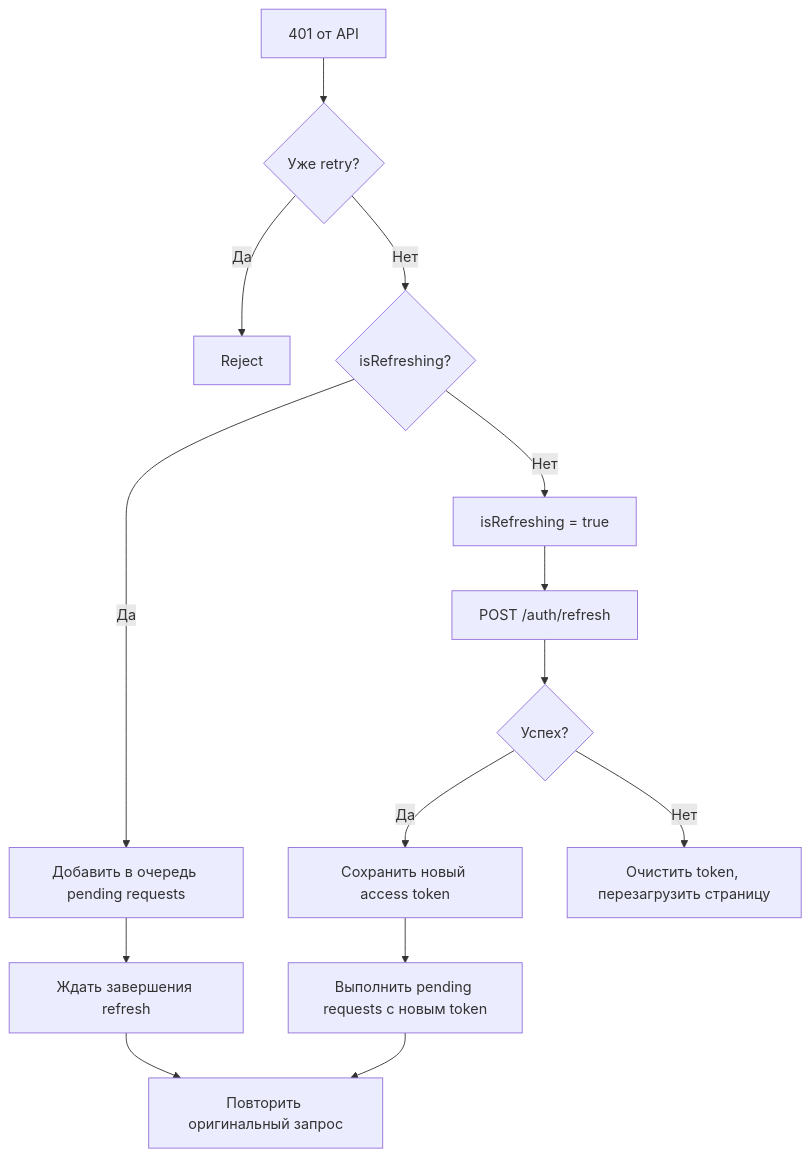
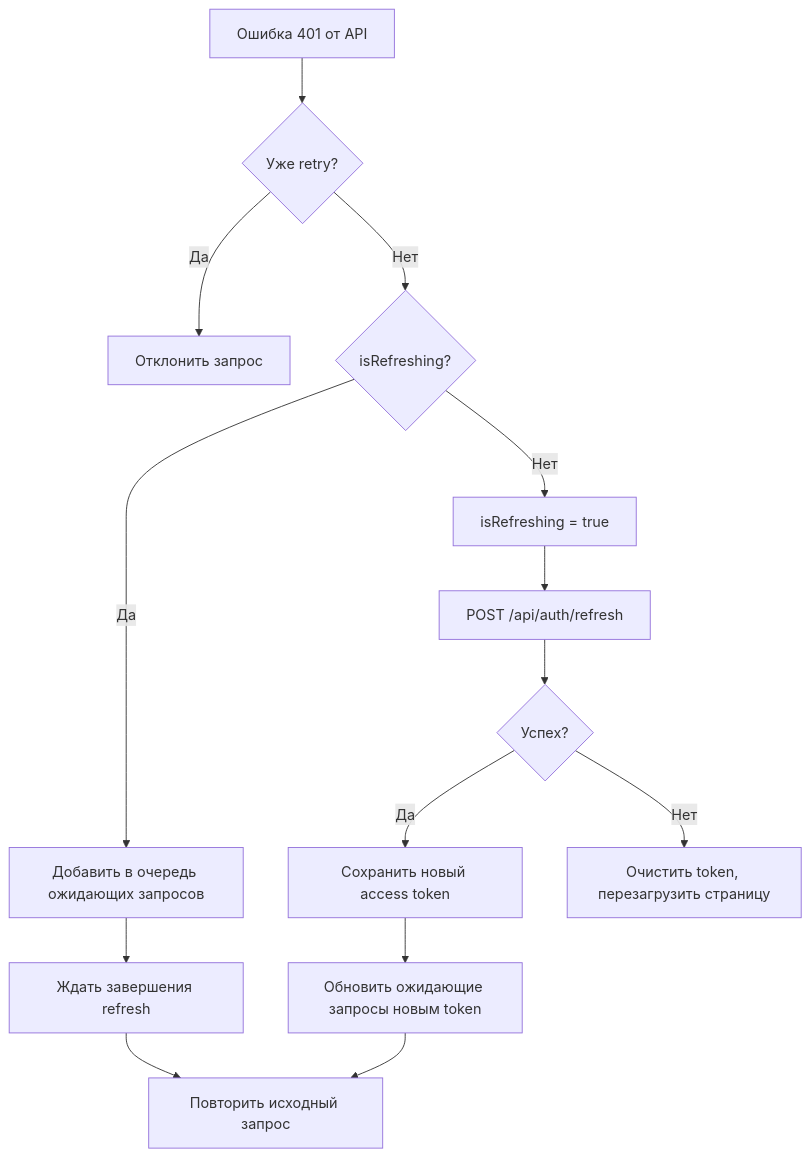
Before and after one commit to Bbar0n234/learnflow-ai: the third of 3 diagrams in doc/tech/auth.md, drawn with Mermaid. The commit also changed other lines of this file and 1 other file, not shown here.

````diff
--- a/doc/tech/auth.md
+++ b/doc/tech/auth.md
@@ -117,16 +117,16 @@
 ```mermaid
 flowchart TD
-    ERR["401 от API"] --> RETRY{Уже retry?}
-    RETRY -->|Да| FAIL["Reject"]
+    ERR["Ошибка 401 от API"] --> RETRY{Уже retry?}
+    RETRY -->|Да| FAIL["Отклонить запрос"]
     RETRY -->|Нет| REFRESHING{isRefreshing?}
-    REFRESHING -->|Да| QUEUE["Добавить в очередь pending requests"]
+    REFRESHING -->|Да| QUEUE["Добавить в очередь ожидающих запросов"]
     REFRESHING -->|Нет| START["isRefreshing = true"]
-    START --> REFRESH["POST /auth/refresh"]
+    START --> REFRESH["POST /api/auth/refresh"]
     REFRESH --> SUCCESS{Успех?}
     SUCCESS -->|Да| SAVE["Сохранить новый access token"]
-    SAVE --> PROCESS["Выполнить pending requests с новым token"]
-    PROCESS --> ORIGINAL["Повторить оригинальный запрос"]
+    SAVE --> PROCESS["Обновить ожидающие запросы новым token"]
+    PROCESS --> ORIGINAL["Повторить исходный запрос"]
     SUCCESS -->|Нет| CLEAR["Очистить token, перезагрузить страницу"]
     QUEUE --> WAIT["Ждать завершения refresh"]
     WAIT --> ORIGINAL
 ```
````
